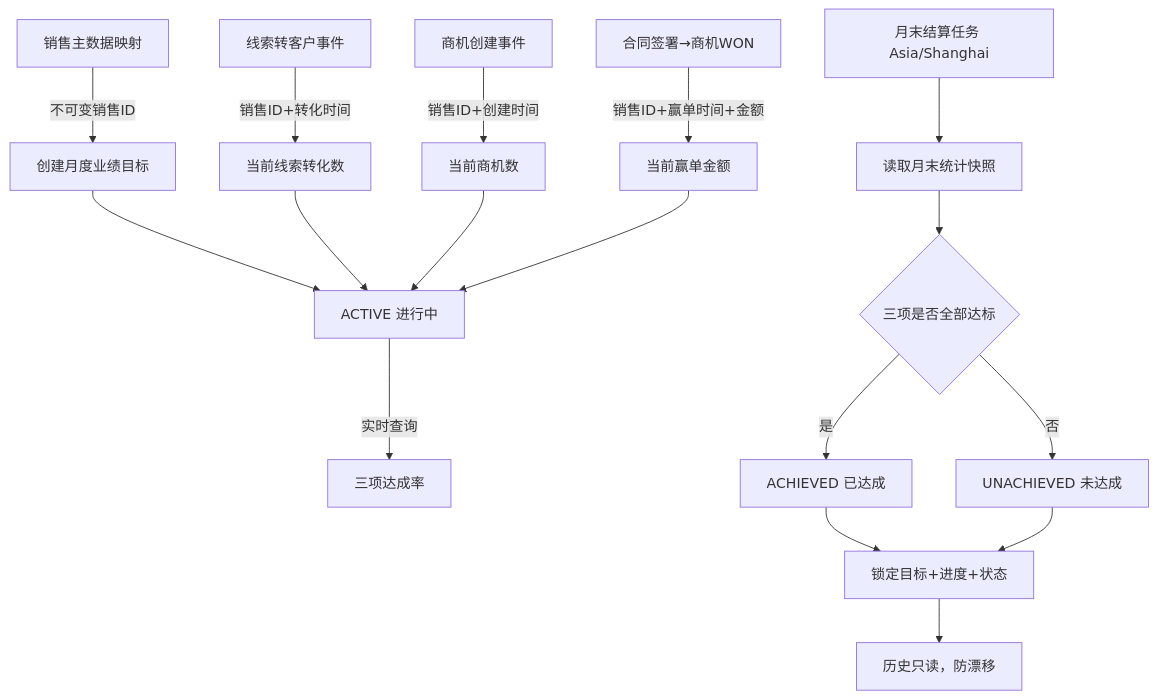
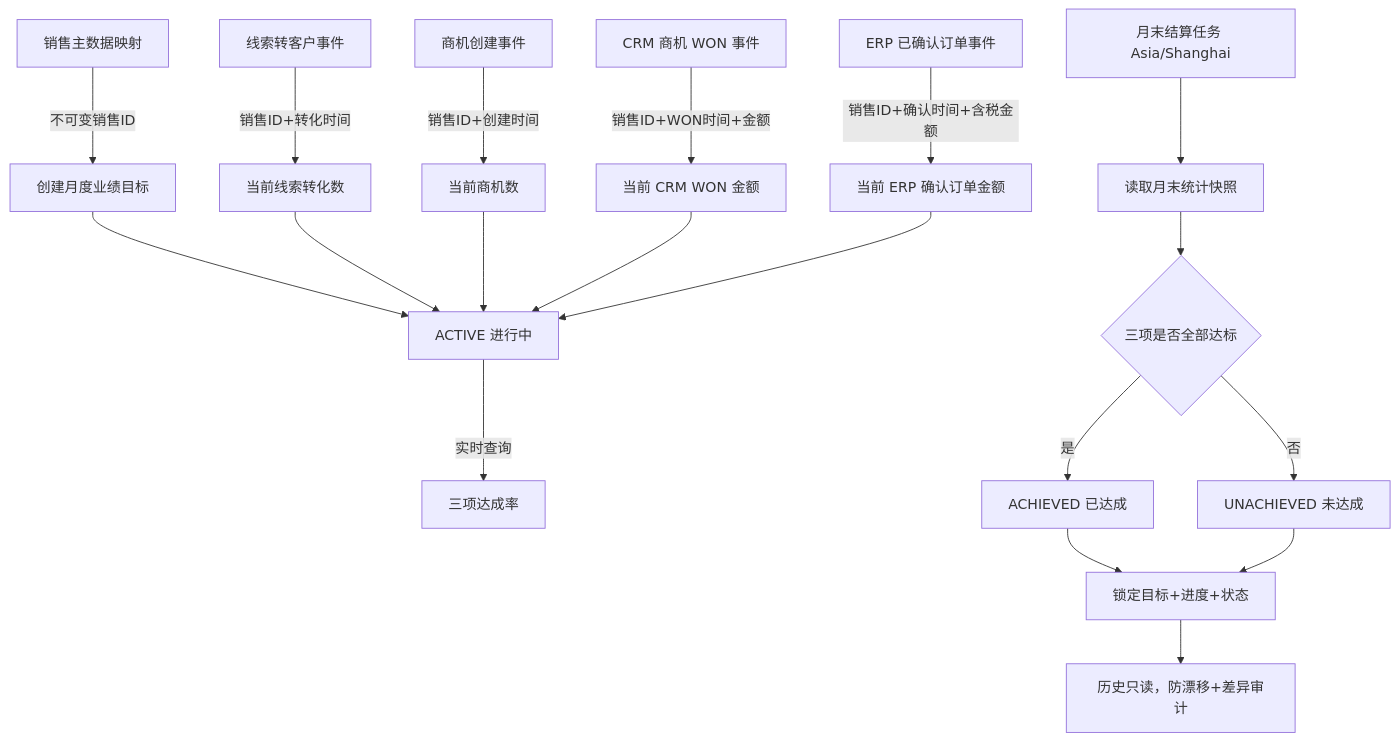
Before and after one commit to lophyJessica/forge-crm: the first of 2 diagrams in prd-docs/业绩目标/业绩目标主PRD.md, drawn with Mermaid. The commit also changed other lines of this file and 42 other files, not shown here.

````diff
--- a/prd-docs/业绩目标/业绩目标主PRD.md
+++ b/prd-docs/业绩目标/业绩目标主PRD.md
@@ -98,19 +105,21 @@
 ```mermaid
 flowchart TD
     A["销售主数据映射"] -->|不可变销售ID| B["创建月度业绩目标"]
     B --> C["ACTIVE 进行中"]
     D["线索转客户事件"] -->|销售ID+转化时间| E["当前线索转化数"]
     F["商机创建事件"] -->|销售ID+创建时间| G["当前商机数"]
-    H["合同签署→商机WON"] -->|销售ID+赢单时间+金额| I["当前赢单金额"]
+    H["CRM 商机 WON 事件"] -->|销售ID+WON时间+金额| I["当前 CRM WON 金额"]
+    X["ERP 已确认订单事件"] -->|销售ID+确认时间+含税金额| Y["当前 ERP 确认订单金额"]
     E --> C
     G --> C
     I --> C
+    Y --> C
     C -->|实时查询| J["三项达成率"]
     K["月末结算任务 Asia/Shanghai"] --> L["读取月末统计快照"]
     L --> M{"三项是否全部达标"}
     M -->|是| N["ACHIEVED 已达成"]
     M -->|否| O["UNACHIEVED 未达成"]
     N --> P["锁定目标+进度+状态"]
     O --> P
-    P --> Q["历史只读，防漂移"]
+    P --> Q["历史只读，防漂移+差异审计"]
 ```
````
